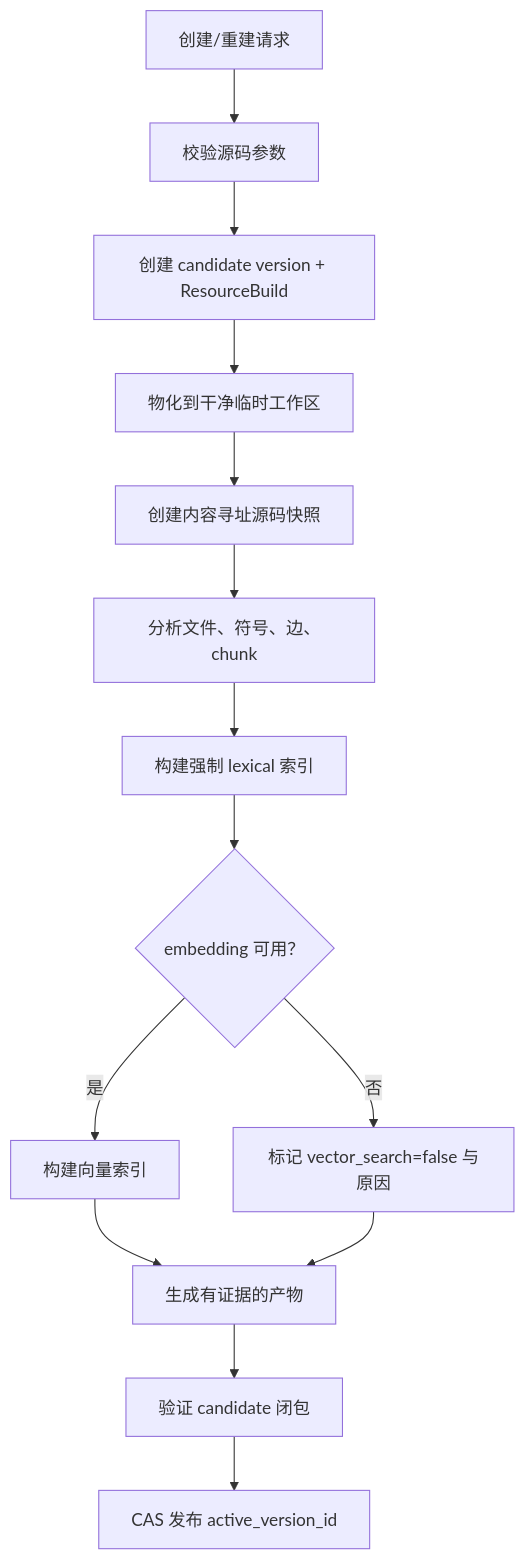
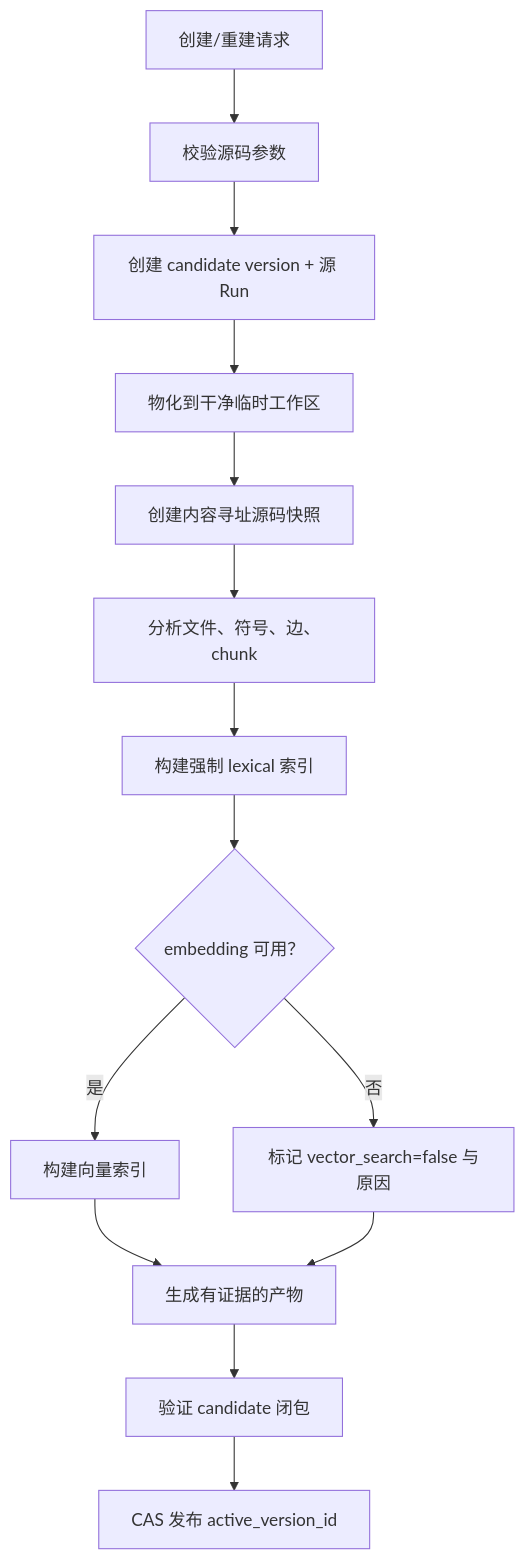
Before and after one commit to OceaLong/opencitadel: the diagram in docs/architecture/codebase-reindex.zh-CN.md, drawn with Mermaid. The commit also changed other lines of this file and 1646 other files, not shown here.

First line of the commit message:
feat(database): initialize database schema and refactor environment configurations

````diff
--- a/docs/architecture/codebase-reindex.zh-CN.md
+++ b/docs/architecture/codebase-reindex.zh-CN.md
@@ -29,16 +28,16 @@
 ```mermaid
 flowchart TD
   Request["创建/重建请求"] --> Validate["校验源码参数"]
-  Validate --> Candidate["创建 candidate version + ResourceBuild"]
+  Validate --> Candidate["创建 candidate version + 源 Run"]
   Candidate --> Materialize["物化到干净临时工作区"]
   Materialize --> Snapshot["创建内容寻址源码快照"]
   Snapshot --> Analyze["分析文件、符号、边、chunk"]
   Analyze --> Lexical["构建强制 lexical 索引"]
   Lexical --> Vector{"embedding 可用？"}
   Vector -->|"是"| Hybrid["构建向量索引"]
   Vector -->|"否"| Degraded["标记 vector_search=false 与原因"]
   Hybrid --> Artifacts["生成有证据的产物"]
   Degraded --> Artifacts
   Artifacts --> ValidateClosure["验证 candidate 闭包"]
   ValidateClosure --> Publish["CAS 发布 active_version_id"]
 ```
````
